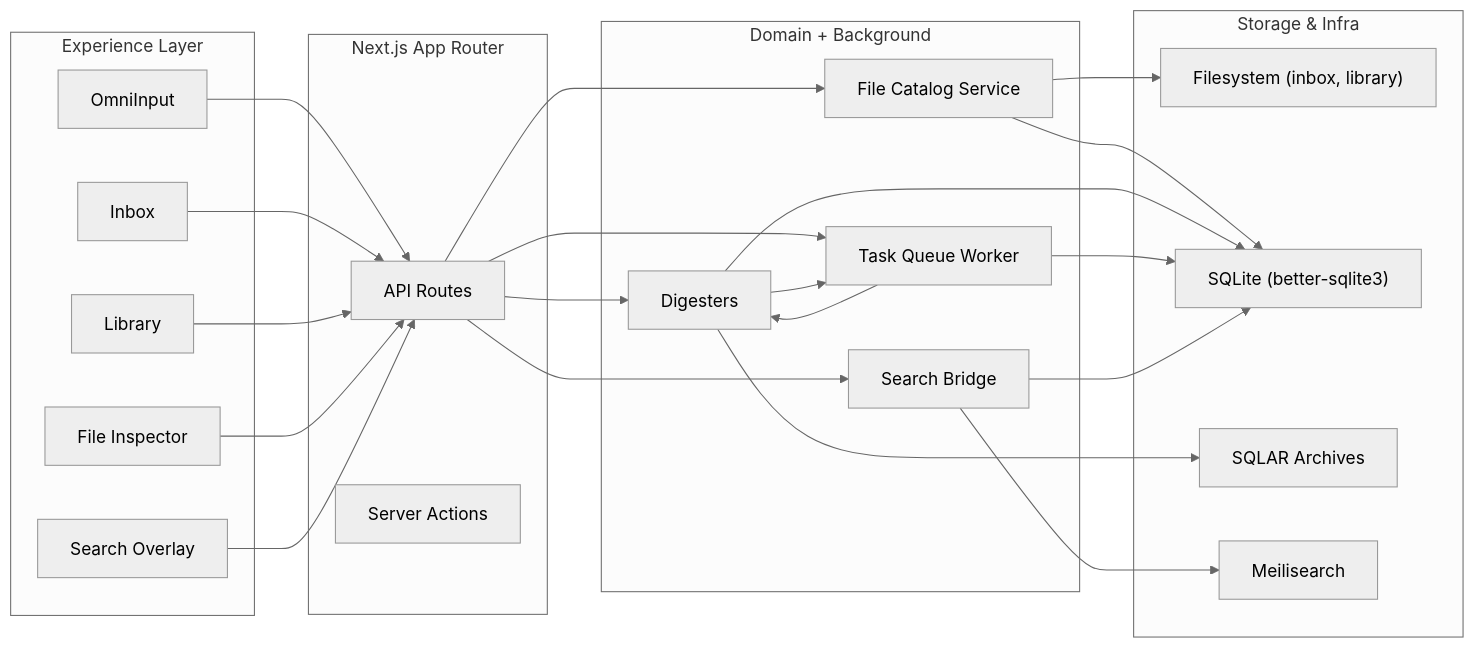
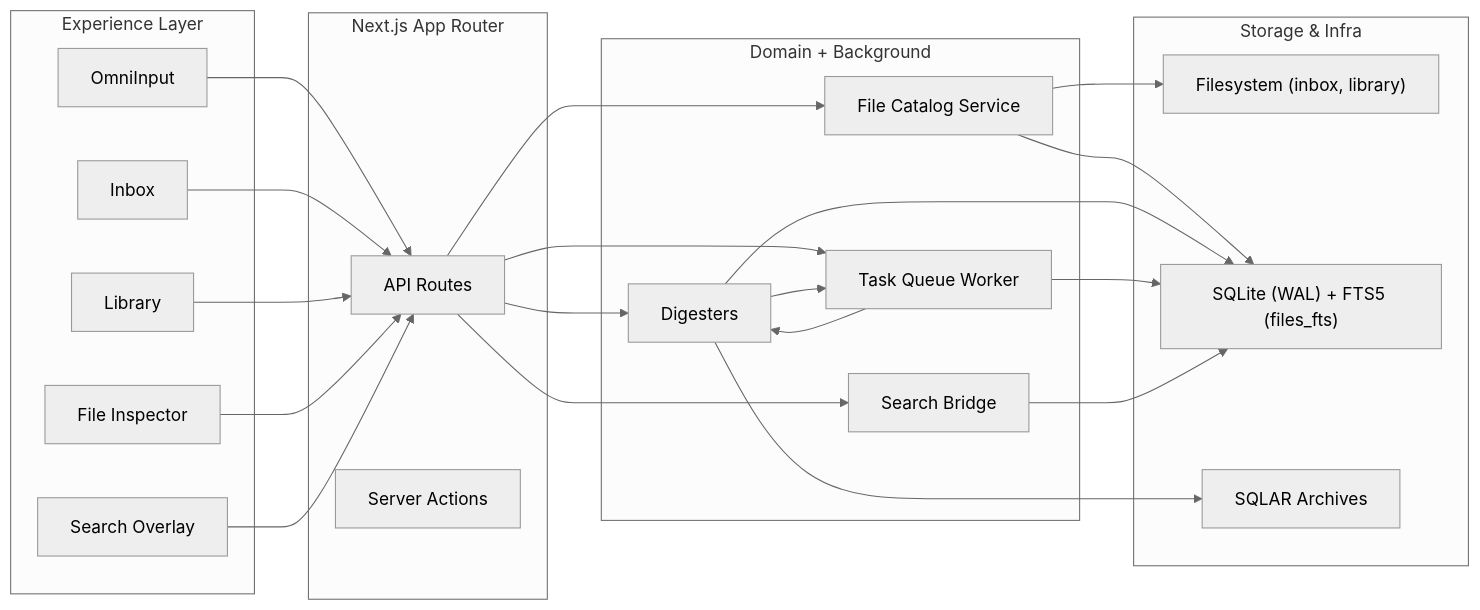
Before and after one commit to xiaoyuanzhu-com/my-life-db-docs: the first of 4 diagrams in src/content/docs/internal/architecture/technical-design-document.md, drawn with Mermaid (neutral theme). The commit also changed other lines of this file and 17 other files, not shown here.

First line of the commit message:
docs: replace Meilisearch with SQLite FTS5 throughout

````diff
--- a/src/content/docs/internal/architecture/technical-design-document.md
+++ b/src/content/docs/internal/architecture/technical-design-document.md
@@ -52,51 +52,49 @@
 ```mermaid
 graph LR
     subgraph L1["Experience Layer"]
         OmniInput["OmniInput"]
         InboxUI["Inbox"]
         LibraryUI["Library"]
         FileInspector["File Inspector"]
         SearchUI["Search Overlay"]
     end
 
     subgraph L2["Next.js App Router"]
         ApiRoutes["API Routes"]
         ServerActions["Server Actions"]
     end
 
     subgraph L3["Domain + Background"]
         FileCatalog["File Catalog Service"]
         DigestCoordinator["Digesters"]
         SearchBridge["Search Bridge"]
         TaskRuntime["Task Queue Worker"]
     end
 
     subgraph L4["Storage & Infra"]
         FileSystem["Filesystem (inbox, library)"]
-        SQLiteDB["SQLite (better-sqlite3)"]
+        SQLiteDB["SQLite (WAL) + FTS5 (files_fts)"]
         SQLAR["SQLAR Archives"]
-        Meili["Meilisearch"]
     end
 
     OmniInput --> ApiRoutes
     InboxUI --> ApiRoutes
     LibraryUI --> ApiRoutes
     FileInspector --> ApiRoutes
     SearchUI --> ApiRoutes
 
     ApiRoutes --> FileCatalog
     ApiRoutes --> DigestCoordinator
     ApiRoutes --> SearchBridge
     ApiRoutes --> TaskRuntime
 
     FileCatalog --> FileSystem
     FileCatalog --> SQLiteDB
     DigestCoordinator --> SQLiteDB
     DigestCoordinator --> SQLAR
     TaskRuntime --> SQLiteDB
-    SearchBridge --> Meili
     SearchBridge --> SQLiteDB
 
     DigestCoordinator --> TaskRuntime
     TaskRuntime --> DigestCoordinator
 ```
````
